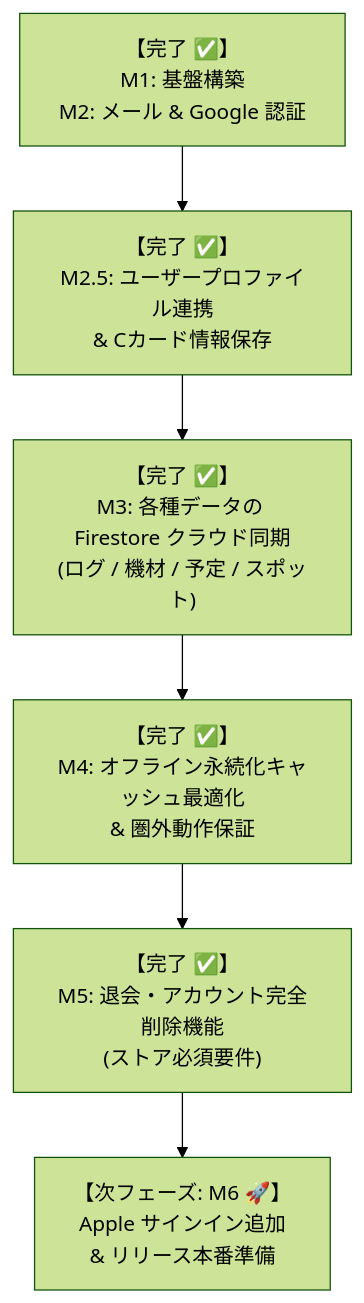
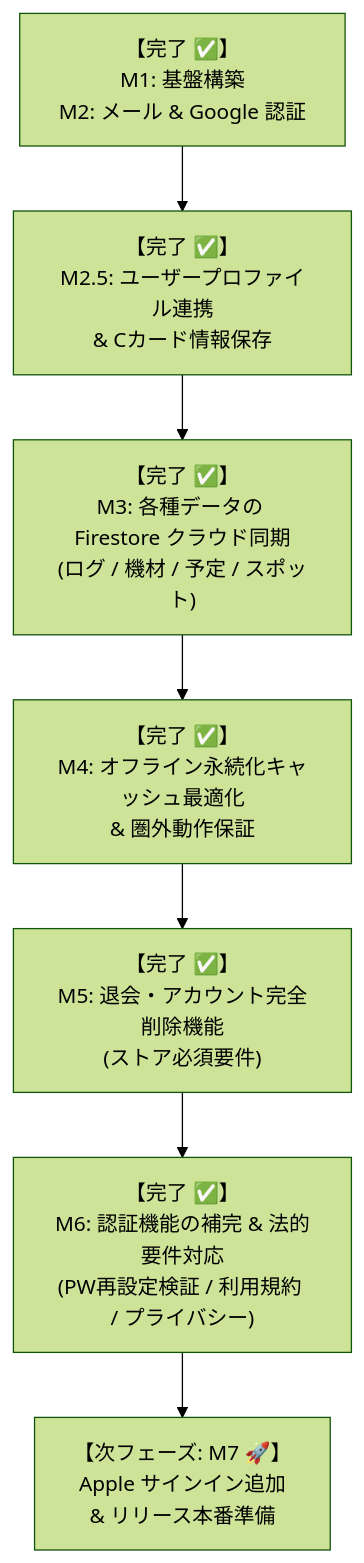
Before and after one commit to LiFE-124C41/scuba-life: the fourth of 4 diagrams in docs/plans/account_and_backend_plan.md, drawn with Mermaid (forest theme). The commit also changed other lines of this file and 6 other files, not shown here.

First line of the commit message:
feat(auth): complete M6 with legal documents and password reset flow

````diff
--- a/docs/plans/account_and_backend_plan.md
+++ b/docs/plans/account_and_backend_plan.md
@@ -390,8 +409,9 @@
 ```mermaid
 flowchart TD
     M1_M2["【完了 ✅】<br>M1: 基盤構築<br>M2: メール & Google 認証"] --> M2_5["【完了 ✅】<br>M2.5: ユーザープロファイル連携<br>& Cカード情報保存"]
     M2_5 --> M3["【完了 ✅】<br>M3: 各種データの Firestore クラウド同期<br>(ログ / 機材 / 予定 / スポット)"]
     M3 --> M4["【完了 ✅】<br>M4: オフライン永続化キャッシュ最適化<br>& 圏外動作保証"]
     M4 --> M5["【完了 ✅】<br>M5: 退会・アカウント完全削除機能<br>(ストア必須要件)"]
-    M5 --> M6["【次フェーズ: M6 🚀】<br>Apple サインイン追加<br>& リリース本番準備"]
+    M5 --> M6["【完了 ✅】<br>M6: 認証機能の補完 & 法的要件対応<br>(PW再設定検証 / 利用規約 / プライバシー)"]
+    M6 --> M7["【次フェーズ: M7 🚀】<br>Apple サインイン追加<br>& リリース本番準備"]
 ```
````
